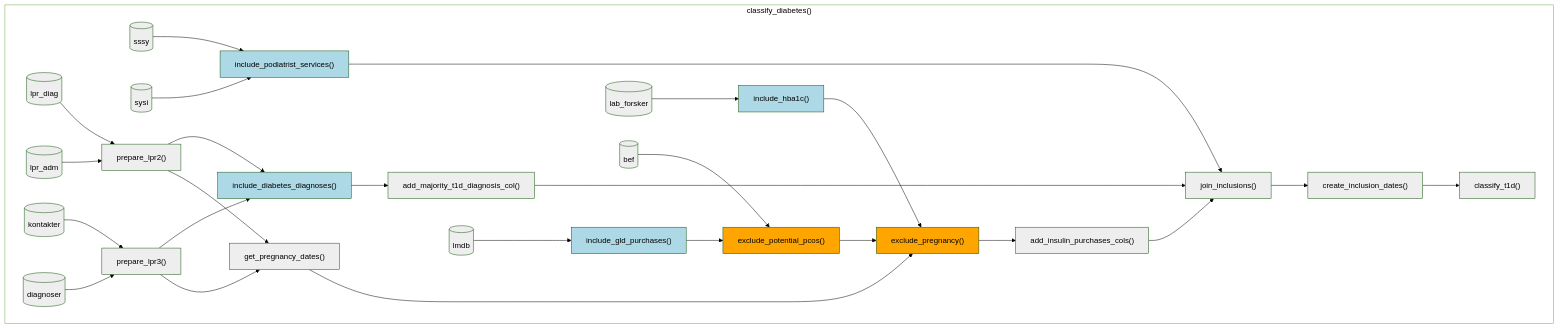
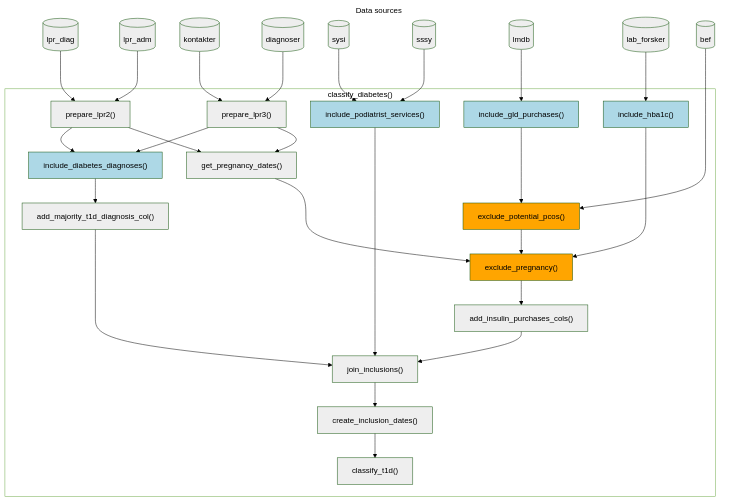
The diagram in vignettes/function-flow.qmd (steno-aarhus/osdc), drawn with Mermaid (forest theme) before and after one commit.

Commit message:
docs: :art: add subgraph with data sources

````diff
--- a/vignettes/function-flow.qmd
+++ b/vignettes/function-flow.qmd
@@ -23,57 +23,68 @@
 ```{mermaid}
 %%| eval: true
 %%| fig-cap: "Flow of functions in, as well as their required input registers, in the `classify_diabetes()` function used for classifying diabetes status using the osdc package. Light blue and orange boxes represent filtering functions (inclusion and exclusion events, respectively)."
 
 flowchart TD
+  subgraph data_sources["Data sources"]
+    lpr_diag[("lpr_diag")]
+    lpr_adm[("lpr_adm")]
+    kontakter[("kontakter")]
+    diagnoser[("diagnoser")]
+    sysi[("sysi")]
+    sssy[("sssy")]
+    lmdb[("lmdb")]
+    lab_forsker[("lab_forsker")]
+    bef[("bef")]
+  end
 
   subgraph classify_diabetes["classify_diabetes()"]
 
-    lpr_diag[("lpr_diag")] --> prepare_lpr2["prepare_lpr2()"]
-    lpr_adm[("lpr_adm")] --> prepare_lpr2
-    
-    kontakter[("kontakter")] --> prepare_lpr3["prepare_lpr3()"]
-    diagnoser[("diagnoser")] --> prepare_lpr3
+    lpr_diag --> prepare_lpr2["prepare_lpr2()"]
+    lpr_adm --> prepare_lpr2
+
+    kontakter --> prepare_lpr3["prepare_lpr3()"]
+    diagnoser --> prepare_lpr3
 
     prepare_lpr2 --> get_pregnancy_dates["get_pregnancy_dates()"]
     prepare_lpr3 --> get_pregnancy_dates
 
     %% Inclusion steps
-    sysi[("sysi")] -->include_podiatrist_services["include_podiatrist_services()"]:::include
-    sssy[("sssy")] --> include_podiatrist_services
-    lpr_diag ~~~ sysi
-    lpr_diag ~~~ sssy
+    sysi --> include_podiatrist_services["include_podiatrist_services()"]:::include
+    sssy --> include_podiatrist_services
 
     prepare_lpr2 --> include_diabetes_diagnoses["include_diabetes_diagnoses()"]:::include
     prepare_lpr3 --> include_diabetes_diagnoses
     include_diabetes_diagnoses --> add_majority_t1d_diagnosis_col["add_majority_t1d_diagnosis_col()"]
 
-    lmdb[("lmdb")] --> include_gld_purchases["include_gld_purchases()"]:::include
+    lmdb --> include_gld_purchases["include_gld_purchases()"]:::include
 
-    lab_forsker[("lab_forsker")] --> include_hba1c["include_hba1c()"]:::include
-    
+    lab_forsker --> include_hba1c["include_hba1c()"]:::include
+
     %% Exclusion steps
     include_gld_purchases --> exclude_potential_pcos["exclude_potential_pcos()"]:::exclude
-    bef[("bef")] --> exclude_potential_pcos
-    
+    bef --> exclude_potential_pcos
+
     exclude_potential_pcos --> exclude_pregnancy["exclude_pregnancy()"]:::exclude
     get_pregnancy_dates --> exclude_pregnancy
     include_hba1c --> exclude_pregnancy
     exclude_pregnancy --> add_insulin_purchases_cols["add_insulin_purchases_cols()"]
-    get_pregnancy_dates ~~~ lmdb
 
     %% Joining
     add_majority_t1d_diagnosis_col --> join_inclusions["join_inclusions()"]
     include_podiatrist_services --> join_inclusions
     add_insulin_purchases_cols --> join_inclusions
 
     join_inclusions --> create_inclusion_dates["create_inclusion_dates()"]
     create_inclusion_dates --> classify_t1d["classify_t1d()"]
 
+    get_pregnancy_dates ~~~ exclude_potential_pcos
+
   end
 
   %% Styling
   classDef default fill:#EEEEEE,color:#000000
   classDef include fill:lightblue
   classDef exclude fill:orange
   style classify_diabetes fill:#FFFFFF,color:#000000
+  style data_sources fill:#FFFFFF,color:#000000,stroke-width:0px
 ```
````
